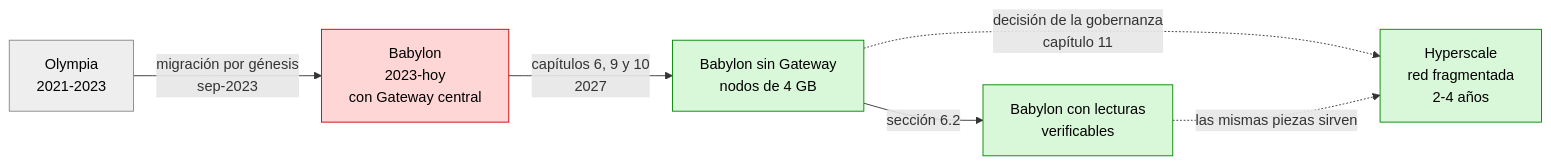
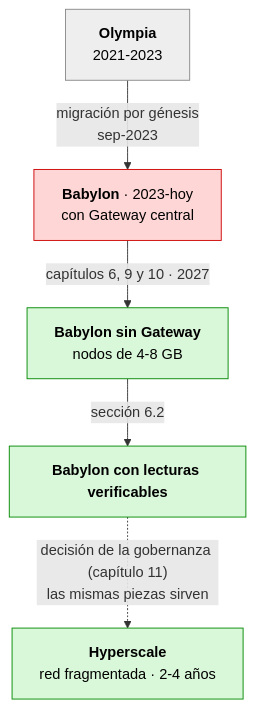
One commit to dazligth/radix-decentralization-roadmap changed the fifth of 6 diagrams in README.es.md. Above: the diagram before and after it, drawn with Mermaid. The commit also changed other lines of this file and 9 other files, not shown here.

First line of the commit message:
Redesign diagrams for readability on GitHub

````diff
--- a/README.es.md
+++ b/README.es.md
@@ -361,14 +329,13 @@
 ```mermaid
-flowchart LR
-    O["Olympia<br/>2021-2023"] -- "migración por génesis<br/>sep-2023" --> B["Babylon<br/>2023-hoy<br/>con Gateway central"]
-    B -- "capítulos 6, 9 y 10<br/>2027" --> BS["Babylon sin Gateway<br/>nodos de 4 GB"]
-    BS -- "sección 6.2" --> BV["Babylon con lecturas<br/>verificables"]
-    BS -. "decisión de la gobernanza<br/>capítulo 11" .-> H["Hyperscale<br/>red fragmentada<br/>2-4 años"]
-    BV -. "las mismas piezas sirven" .-> H
+flowchart TB
+    O["<b>Olympia</b><br/>2021-2023"] -->|"migración por génesis<br/>sep-2023"| B["<b>Babylon</b> · 2023-hoy<br/>con Gateway central"]
+    B -->|"capítulos 6, 9 y 10 · 2027"| BS["<b>Babylon sin Gateway</b><br/>nodos de 4-8 GB"]
+    BS -->|"sección 6.2"| BV["<b>Babylon con lecturas verificables</b>"]
+    BV -.->|"decisión de la gobernanza (capítulo 11)<br/>las mismas piezas sirven"| H["<b>Hyperscale</b><br/>red fragmentada · 2-4 años"]
     classDef old fill:#eeeeee,stroke:#888,color:#000
     classDef bad fill:#ffd6d6,stroke:#c00,color:#000
     classDef good fill:#d9f7d9,stroke:#080,color:#000
     class O old
     class B bad
     class BS,BV,H good
 ```
````
